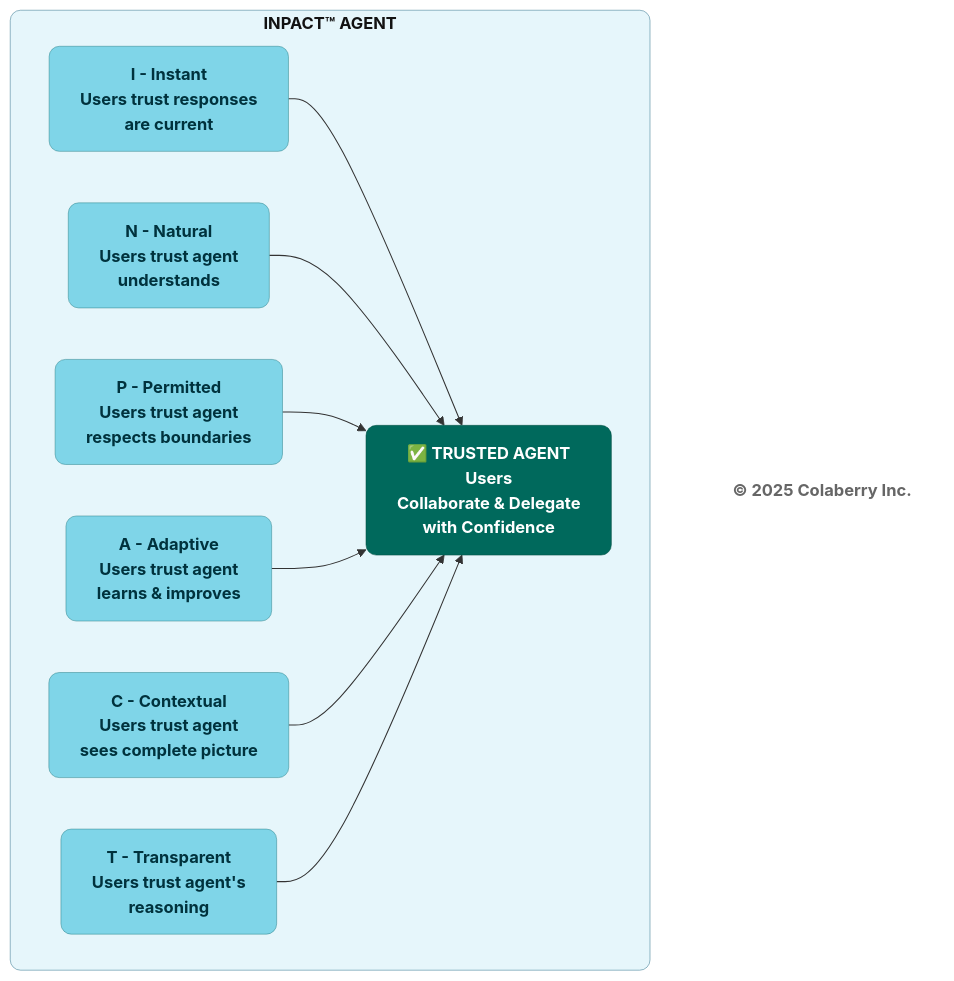
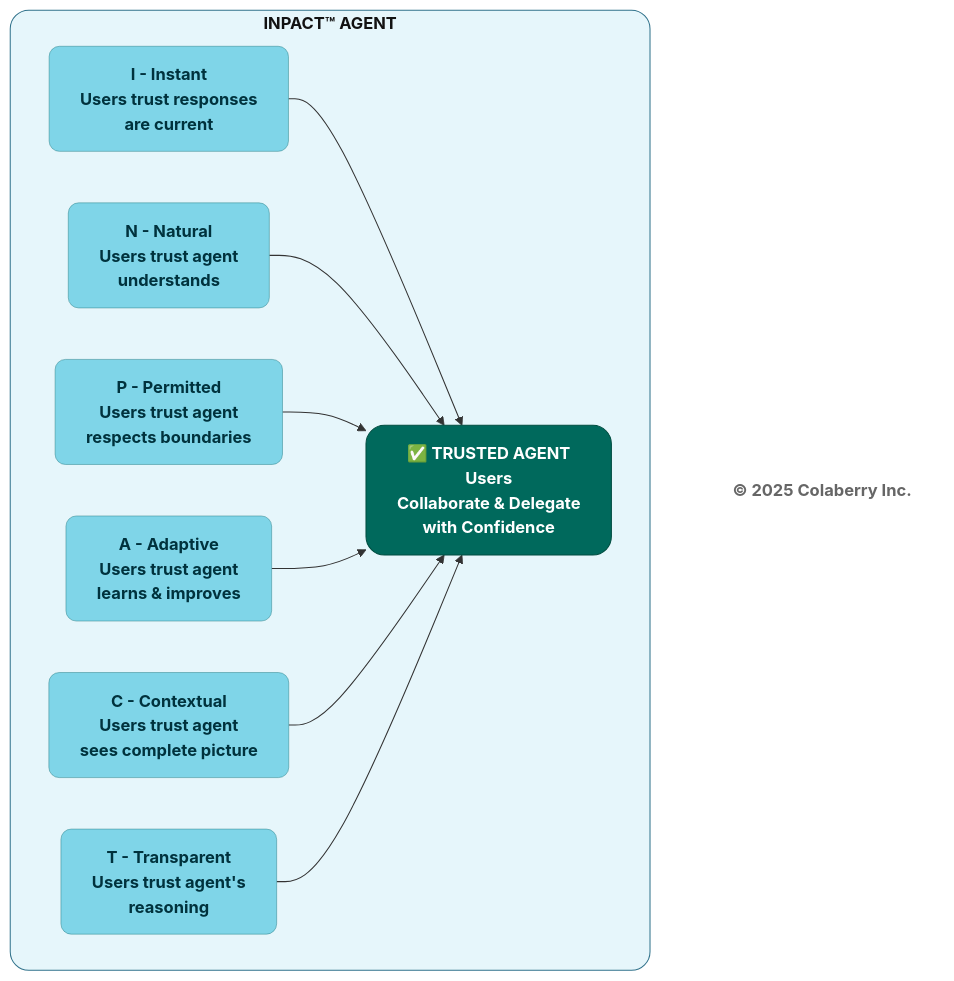
Before and after one commit to saitejesh-cyber/trust-before-intelligence-book: the fourth of 12 diagrams in manuscript/03_chapter_2_inpact_framework.md, drawn with Mermaid. The commit also changed other lines of this file and 12 other files, not shown here.

````diff
--- a/manuscript/03_chapter_2_inpact_framework.md
+++ b/manuscript/03_chapter_2_inpact_framework.md
@@ -229,34 +229,34 @@
 ```mermaid
 graph TB
     subgraph BOX["<b>INPACT™ AGENT</b>"]
         I["<b>I - Instant</b><br/><b>Users trust responses<br/> are current</b>"]
         N["<b>N - Natural</b><br/><b>Users trust agent<br/> understands</b>"]
         P["<b>P - Permitted</b><br/><b>Users trust agent<br/> respects boundaries</b>"]
         A["<b>A - Adaptive</b><br/><b>Users trust agent<br/> learns & improves</b>"]
         C["<b>C - Contextual</b><br/><b>Users trust agent<br/> sees complete picture</b>"]
         T["<b>T - Transparent</b><br/><b>Users trust agent's<br/> reasoning</b>"]
         
         TRUST["<b>✅ TRUSTED AGENT</b><br/><b>Users<br/> Collaborate & Delegate<br/> with Confidence</b>"]
         
         I --> TRUST
         N --> TRUST
         P --> TRUST
         A --> TRUST
         C --> TRUST
         T --> TRUST
     end
     
     COPYRIGHT["<b>© 2025 Colaberry Inc.</b>"]
     
-    style BOX fill:#E6F6FB,stroke:#32738C,stroke-width:0.5px,color:#121212,rx:10,ry:10
+    style BOX fill:#E6F6FB,stroke:#32738C,stroke-width:1px,color:#121212,rx:18,ry:18
     style I fill:#7FD5E8,stroke:#30838C,stroke-width:0.5px,color:#00323D,rx:10,ry:10
     style N fill:#7FD5E8,stroke:#30838C,stroke-width:0.5px,color:#00323D,rx:10,ry:10
     style P fill:#7FD5E8,stroke:#30838C,stroke-width:0.5px,color:#00323D,rx:10,ry:10
     style A fill:#7FD5E8,stroke:#30838C,stroke-width:0.5px,color:#00323D,rx:10,ry:10
     style C fill:#7FD5E8,stroke:#30838C,stroke-width:0.5px,color:#00323D,rx:10,ry:10
     style T fill:#7FD5E8,stroke:#30838C,stroke-width:0.5px,color:#00323D,rx:10,ry:10
     
-    style TRUST fill:#00695c,color:#ffffff,stroke:#004d40,stroke-width:0.5px,rx:10,ry:10
+    style TRUST fill:#00695c,color:#ffffff,stroke:#004d40,stroke-width:1px,rx:18,ry:18
     
     style COPYRIGHT fill:none,stroke:none,color:#666666
 ```
````
